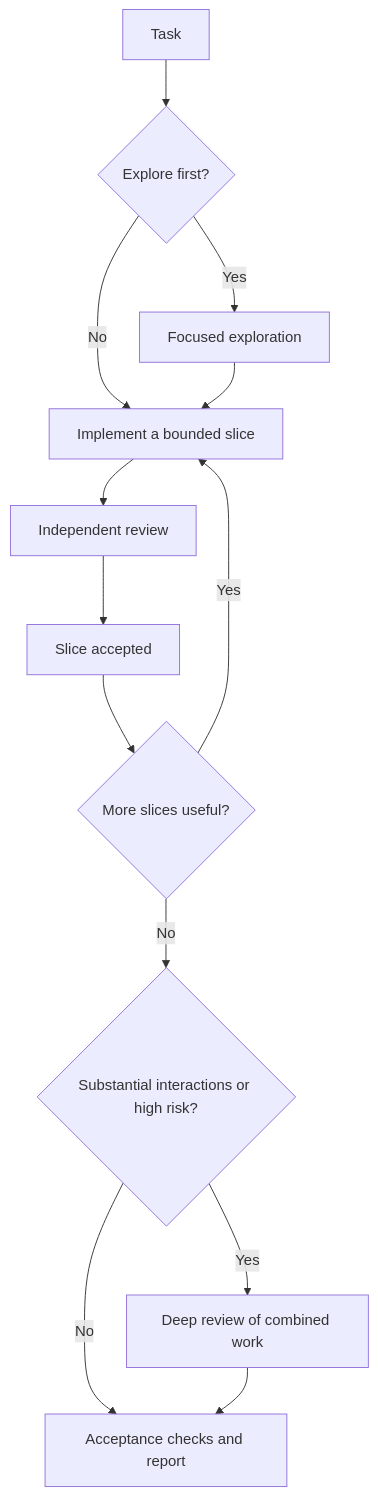
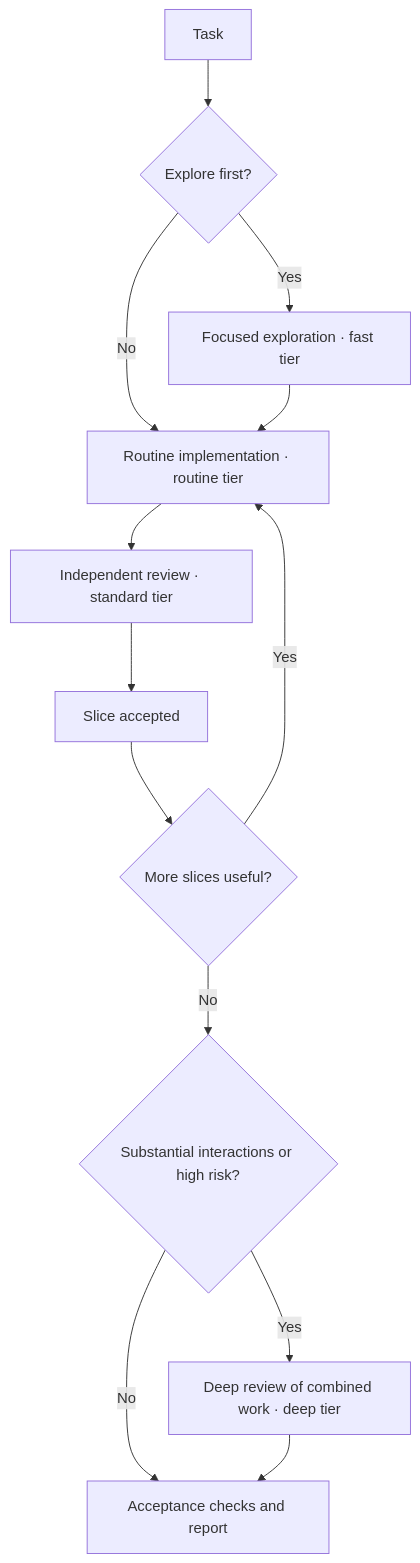
The first of 2 diagrams in docs/skills/work/index.md (alefranz/AgenticAle), drawn with Mermaid before and after one commit. The commit also changed other lines of this file and 12 other files, not shown here.

````diff
--- a/docs/skills/work/index.md
+++ b/docs/skills/work/index.md
@@ -38,15 +47,15 @@
 ```mermaid
 flowchart TD
     Task[Task] --> ExploreNeeded{Explore first?}
-    ExploreNeeded -->|Yes| Explore[Focused exploration]
-    ExploreNeeded -->|No| Implement[Implement a bounded slice]
+    ExploreNeeded -->|Yes| Explore[Focused exploration · fast tier]
+    ExploreNeeded -->|No| Implement[Routine implementation · routine tier]
     Explore --> Implement
-    Implement --> Review[Independent review]
+    Implement --> Review[Independent review · standard tier]
     Review --> SliceAccepted[Slice accepted]
     SliceAccepted --> MoreSlices{More slices useful?}
     MoreSlices -->|Yes| Implement
     MoreSlices -->|No| DeepReviewNeeded{Substantial interactions or high risk?}
-    DeepReviewNeeded -->|Yes| DeepReview[Deep review of combined work]
+    DeepReviewNeeded -->|Yes| DeepReview[Deep review of combined work · deep tier]
     DeepReviewNeeded -->|No| Checks[Acceptance checks and report]
     DeepReview --> Checks
 ```
````
